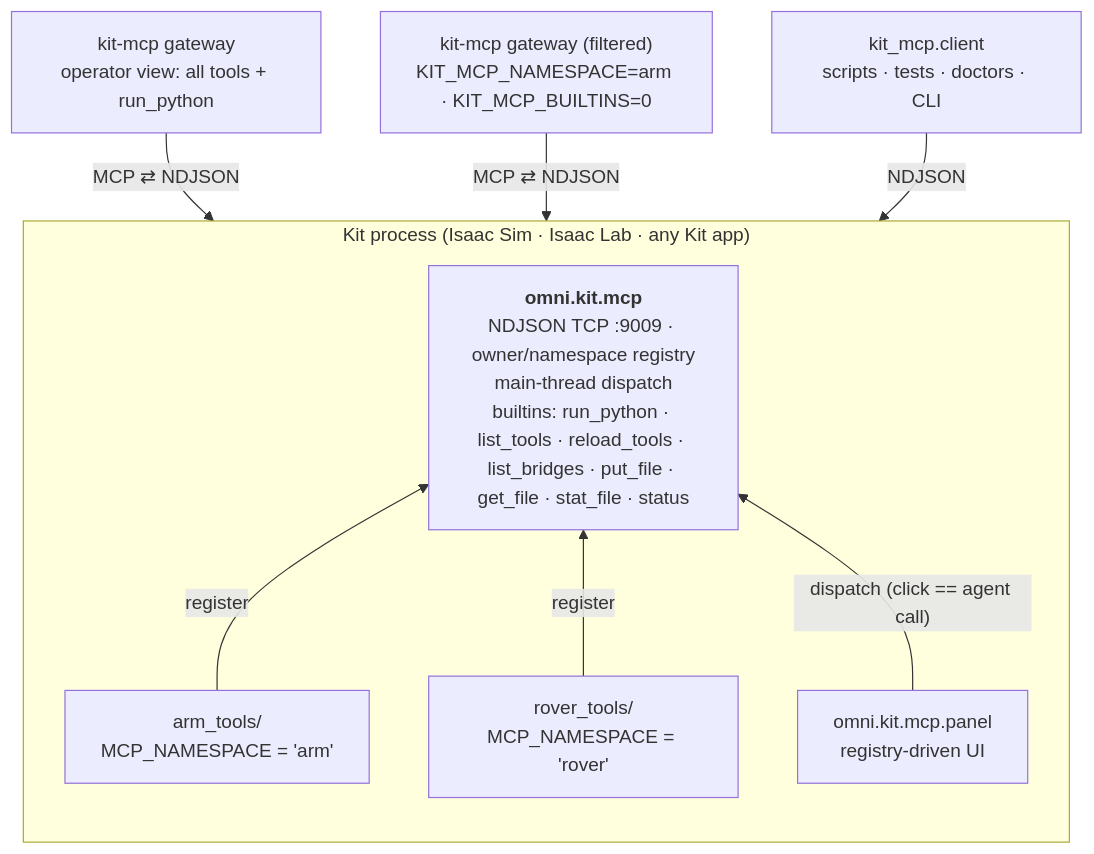
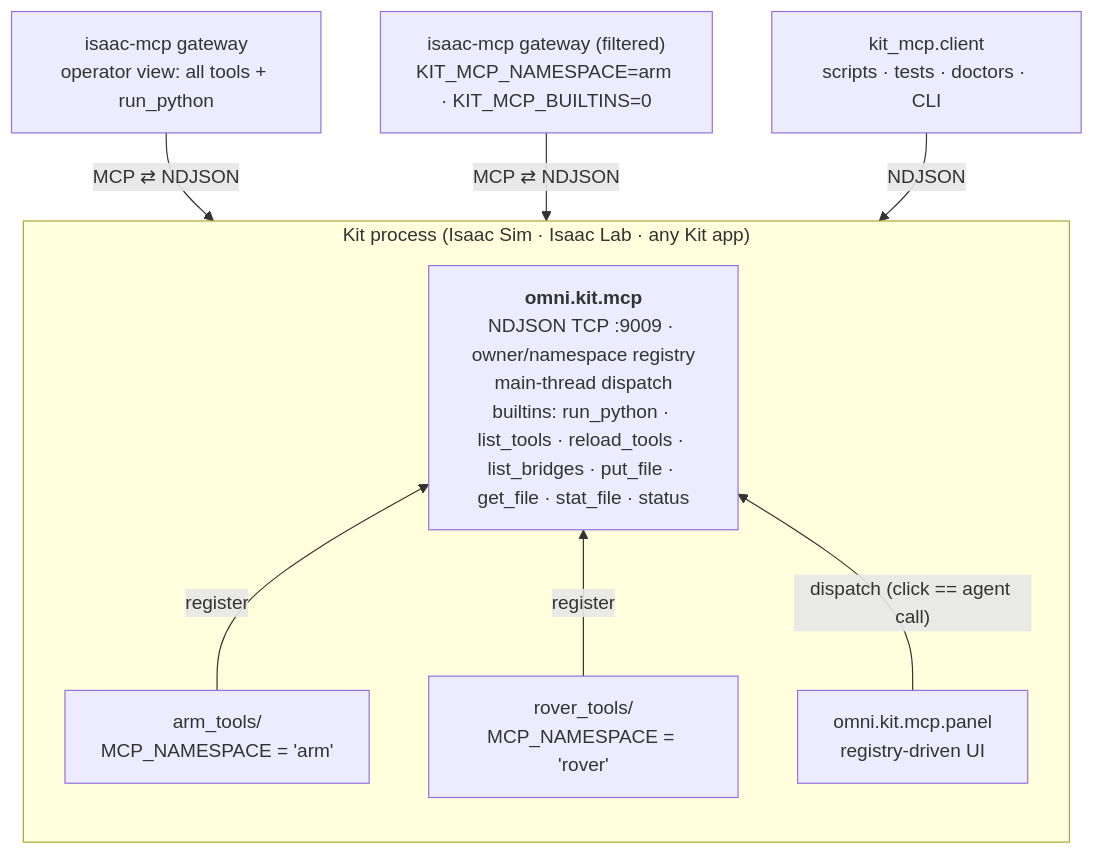
The diagram in mcp/README.md (kalebcoleman/isaac-mcp), drawn with Mermaid before and after one commit. The commit also changed other lines of this file and 15 other files, not shown here.

First line of the commit message:
One name: isaac-mcp (package, CLI, npm launcher); remove ur5e-mcp/kit-mcp/twin-mcp aliases

````diff
--- a/mcp/README.md
+++ b/mcp/README.md
@@ -57,13 +56,13 @@
 ```mermaid
 flowchart TB
     subgraph kit["Kit process (Isaac Sim · Isaac Lab · any Kit app)"]
         direction BT
         BRIDGE["<b>omni.kit.mcp</b><br/>NDJSON TCP :9009 · owner/namespace registry<br/>main-thread dispatch<br/>builtins: run_python · list_tools · reload_tools · list_bridges · put_file · get_file · stat_file · status"]
         ARM["arm_tools/<br/>MCP_NAMESPACE = 'arm'"] -->|register| BRIDGE
         ROVER["rover_tools/<br/>MCP_NAMESPACE = 'rover'"] -->|register| BRIDGE
         PANEL["omni.kit.mcp.panel<br/>registry-driven UI"] -->|"dispatch (click == agent call)"| BRIDGE
     end
-    GW["kit-mcp gateway<br/>operator view: all tools + run_python"] -->|MCP ⇄ NDJSON| BRIDGE
-    GWF["kit-mcp gateway (filtered)<br/>KIT_MCP_NAMESPACE=arm · KIT_MCP_BUILTINS=0"] -->|MCP ⇄ NDJSON| BRIDGE
+    GW["isaac-mcp gateway<br/>operator view: all tools + run_python"] -->|MCP ⇄ NDJSON| BRIDGE
+    GWF["isaac-mcp gateway (filtered)<br/>KIT_MCP_NAMESPACE=arm · KIT_MCP_BUILTINS=0"] -->|MCP ⇄ NDJSON| BRIDGE
     CLI["kit_mcp.client<br/>scripts · tests · doctors · CLI"] -->|NDJSON| BRIDGE
 ```
````
